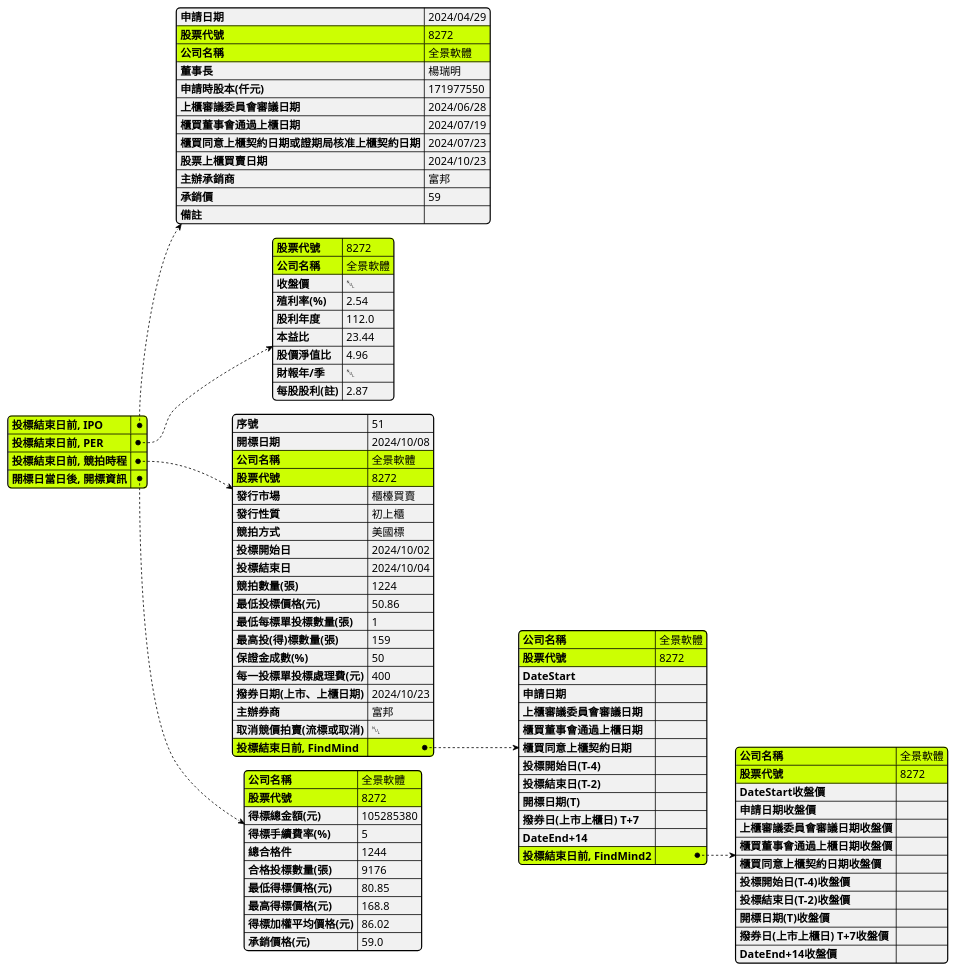
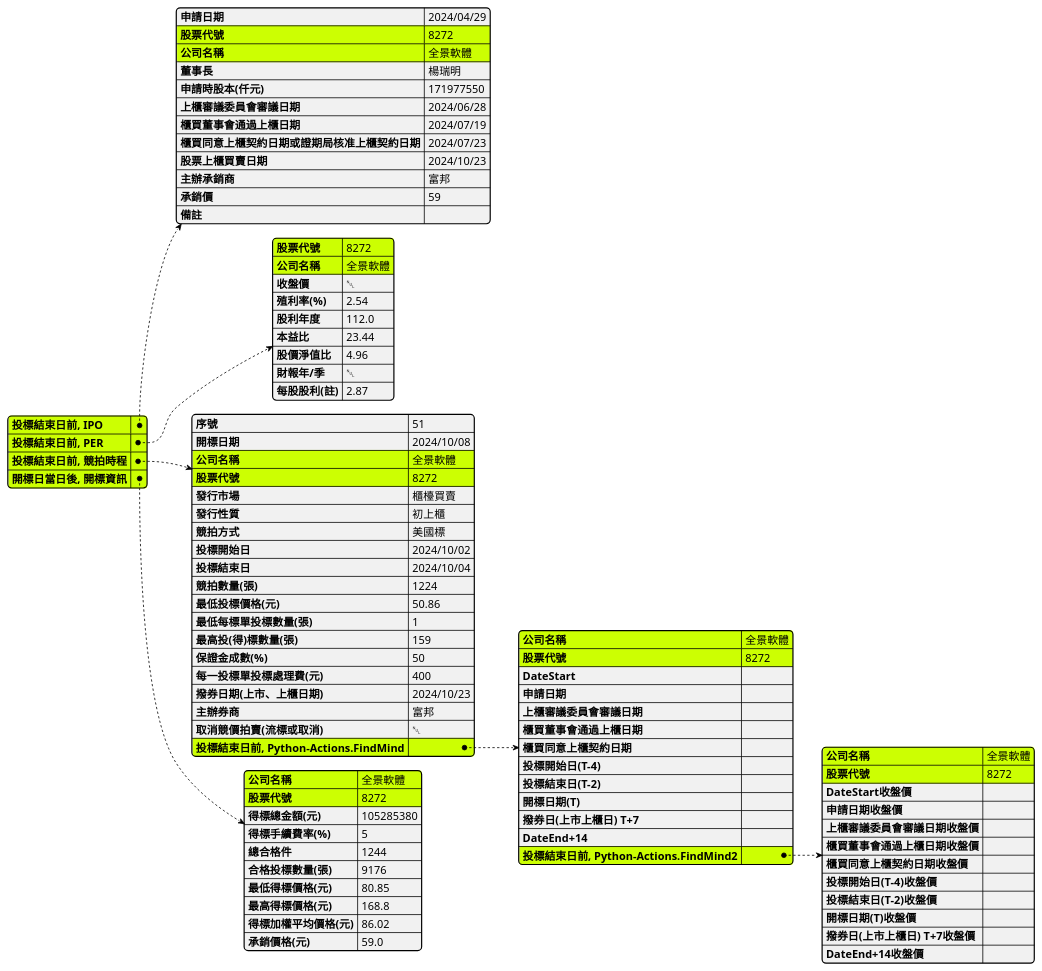
The diagram in IPO.plantuml (wenchiehlee/Selenium-Actions.Auction), drawn with PlantUML before and after one commit.

```diff
--- a/IPO.plantuml
+++ b/IPO.plantuml
@@ -1,128 +1,128 @@
 @startjson
 
 skinparam BoxPadding 10
 skinparam actorStyle awesome
 skinparam LegendBorderThickness 1
 skinparam backgroundColor transparent
 
 #highlight  "投標結束日前, IPO"
 
 #highlight  "投標結束日前, IPO" / "股票代號"
 #highlight  "投標結束日前, IPO" / "公司名稱"
 
 #highlight  "投標結束日前, PER"
 
 #highlight  "投標結束日前, PER" / "股票代號"
 #highlight  "投標結束日前, PER" / "公司名稱"
 
 #highlight  "投標結束日前, 競拍時程"
 
 #highlight  "投標結束日前, 競拍時程" / "股票代號"
 #highlight  "投標結束日前, 競拍時程" / "公司名稱"
 
-#highlight  "投標結束日前, 競拍時程" / "投標結束日前, FindMind"
+#highlight  "投標結束日前, 競拍時程" / "投標結束日前, Python-Actions.FindMind"
 
-#highlight  "投標結束日前, 競拍時程" / "投標結束日前, FindMind" / "股票代號"
-#highlight  "投標結束日前, 競拍時程" / "投標結束日前, FindMind" / "公司名稱"
+#highlight  "投標結束日前, 競拍時程" / "投標結束日前, Python-Actions.FindMind" / "股票代號"
+#highlight  "投標結束日前, 競拍時程" / "投標結束日前, Python-Actions.FindMind" / "公司名稱"
 
-#highlight  "投標結束日前, 競拍時程" / "投標結束日前, FindMind" / "投標結束日前, FindMind2"
+#highlight  "投標結束日前, 競拍時程" / "投標結束日前, Python-Actions.FindMind" / "投標結束日前, Python-Actions.FindMind2"
 
-#highlight  "投標結束日前, 競拍時程" / "投標結束日前, FindMind" / "投標結束日前, FindMind2" / "股票代號"
-#highlight  "投標結束日前, 競拍時程" / "投標結束日前, FindMind" / "投標結束日前, FindMind2" / "公司名稱"
+#highlight  "投標結束日前, 競拍時程" / "投標結束日前, Python-Actions.FindMind" / "投標結束日前, Python-Actions.FindMind2" / "股票代號"
+#highlight  "投標結束日前, 競拍時程" / "投標結束日前, Python-Actions.FindMind" / "投標結束日前, Python-Actions.FindMind2" / "公司名稱"
 
 #highlight  "開標日當日後, 開標資訊"
 
 #highlight  "開標日當日後, 開標資訊" / "股票代號"
 #highlight  "開標日當日後, 開標資訊" / "公司名稱"
 
 
 {
   "投標結束日前, IPO":     {
   "申請日期": "2024/04/29",
   "股票代號": "8272",
   "公司名稱": "全景軟體",
   "董事長": "楊瑞明",
   "申請時股本(仟元)": 171977550,
   "上櫃審議委員會審議日期": "2024/06/28",
   "櫃買董事會通過上櫃日期": "2024/07/19",
   "櫃買同意上櫃契約日期或證期局核准上櫃契約日期": "2024/07/23",
   "股票上櫃買賣日期": "2024/10/23",
   "主辦承銷商": "富邦",
   "承銷價": 59,
   "備註": ""
     },
 
   "投標結束日前, PER":     {
         "股票代號": "8272",
         "公司名稱": "全景軟體",
         "收盤價": null,
         "殖利率(%)": 2.54,
         "股利年度": 112.0,
         "本益比": 23.44,
         "股價淨值比": 4.96,
         "財報年/季": null,
         "每股股利(註)": 2.87
     },
   "投標結束日前, 競拍時程":     {
         "序號": 51,
         "開標日期": "2024/10/08",
         "公司名稱": "全景軟體",
         "股票代號": "8272",
         "發行市場": "櫃檯買賣",
         "發行性質": "初上櫃",
         "競拍方式": "美國標",
         "投標開始日": "2024/10/02",
         "投標結束日": "2024/10/04",
         "競拍數量(張)": 1224,
         "最低投標價格(元)": 50.86,
         "最低每標單投標數量(張)": 1,
         "最高投(得)標數量(張)": 159,
         "保證金成數(%)": 50,
         "每一投標單投標處理費(元)": 400,
         "撥券日期(上市、上櫃日期)": "2024/10/23",
         "主辦券商": "富邦",
         "取消競價拍賣(流標或取消)": null,
 
-        "投標結束日前, FindMind": {
+        "投標結束日前, Python-Actions.FindMind": {
         "公司名稱": "全景軟體",
         "股票代號": "8272",
         "DateStart":"",
         "申請日期": "",
         "上櫃審議委員會審議日期":"",
         "櫃買董事會通過上櫃日期":"",
         "櫃買同意上櫃契約日期":"",
         "投標開始日(T-4)":"",
         "投標結束日(T-2)":"",
         "開標日期(T)":"",
         "撥券日(上市上櫃日) T+7":"",
         "DateEnd+14":"",
-        "投標結束日前, FindMind2": {
+        "投標結束日前, Python-Actions.FindMind2": {
         "公司名稱": "全景軟體",
         "股票代號": "8272",
         "DateStart收盤價":"",
         "申請日期收盤價": "",
         "上櫃審議委員會審議日期收盤價":"",
         "櫃買董事會通過上櫃日期收盤價":"",
         "櫃買同意上櫃契約日期收盤價":"",
         "投標開始日(T-4)收盤價":"",
         "投標結束日(T-2)收盤價":"",
         "開標日期(T)收盤價":"",
         "撥券日(上市上櫃日) T+7收盤價":"",
         "DateEnd+14收盤價":""
         }
         }
     },
   "開標日當日後, 開標資訊": {
     "公司名稱": "全景軟體",
     "股票代號": "8272",
     "得標總金額(元)": 105285380,
     "得標手續費率(%)": 5,
     "總合格件": 1244,
     "合格投標數量(張)": 9176,
     "最低得標價格(元)": 80.85,
     "最高得標價格(元)": 168.8,
     "得標加權平均價格(元)": 86.02,
     "承銷價格(元)": 59.0
   }
 }
 @endjson
```
